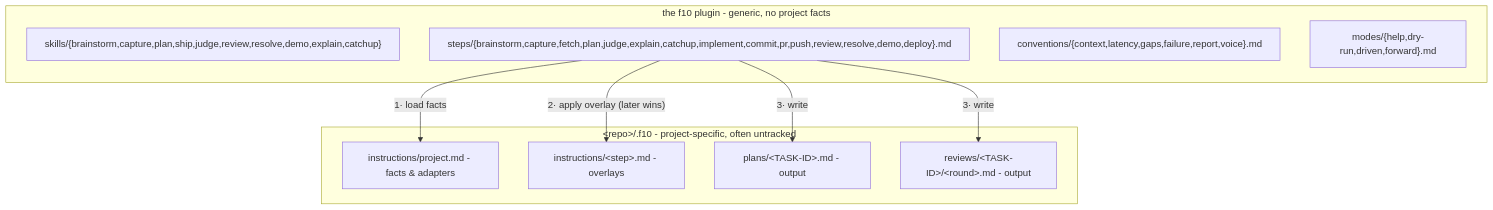
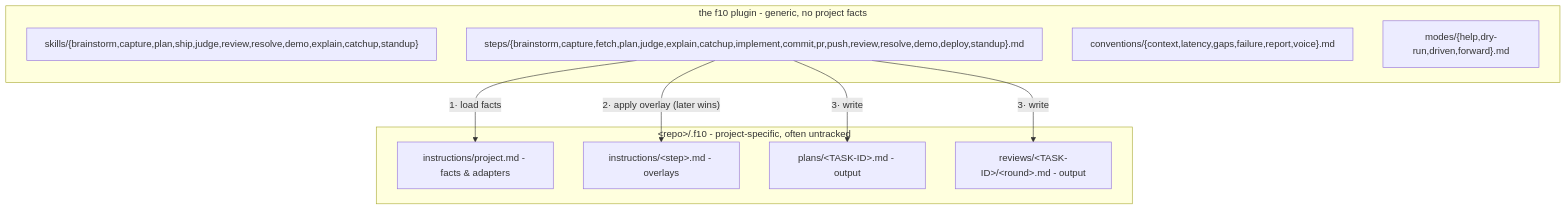
The second of 2 diagrams in README.md (amberpixels/f10), drawn with Mermaid before and after one commit. The commit also changed other lines of this file and 12 other files, not shown here.

````diff
--- a/README.md
+++ b/README.md
@@ -196,19 +197,19 @@
 ```mermaid
 flowchart TB
     subgraph plugin ["the f10 plugin - generic, no project facts"]
-        skills2["skills/{brainstorm,capture,plan,ship,judge,review,resolve,demo,explain,catchup}"]
-        gsteps["steps/{brainstorm,capture,fetch,plan,judge,explain,catchup,implement,commit,pr,push,review,resolve,demo,deploy}.md"]
+        skills2["skills/{brainstorm,capture,plan,ship,judge,review,resolve,demo,explain,catchup,standup}"]
+        gsteps["steps/{brainstorm,capture,fetch,plan,judge,explain,catchup,implement,commit,pr,push,review,resolve,demo,deploy,standup}.md"]
         conv["conventions/{context,latency,gaps,failure,report,voice}.md"]
         modes2["modes/{help,dry-run,driven,forward}.md"]
     end
     subgraph repo ["&lt;repo&gt;/.f10 - project-specific, often untracked"]
         proj["instructions/project.md - facts & adapters"]
         over["instructions/&lt;step&gt;.md - overlays"]
         plans2["plans/&lt;TASK-ID&gt;.md - output"]
         reviews2["reviews/&lt;TASK-ID&gt;/&lt;round&gt;.md - output"]
     end
     gsteps -- "1· load facts" --> proj
     gsteps -- "2· apply overlay (later wins)" --> over
     gsteps -- "3· write" --> plans2
     gsteps -- "3· write" --> reviews2
 ```
````
